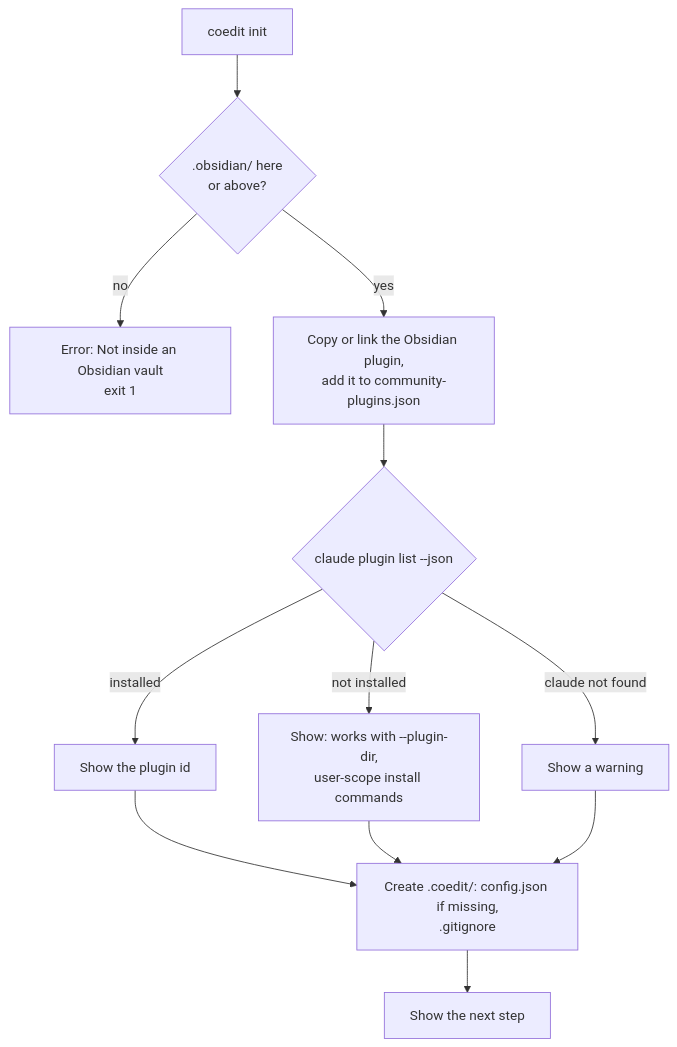
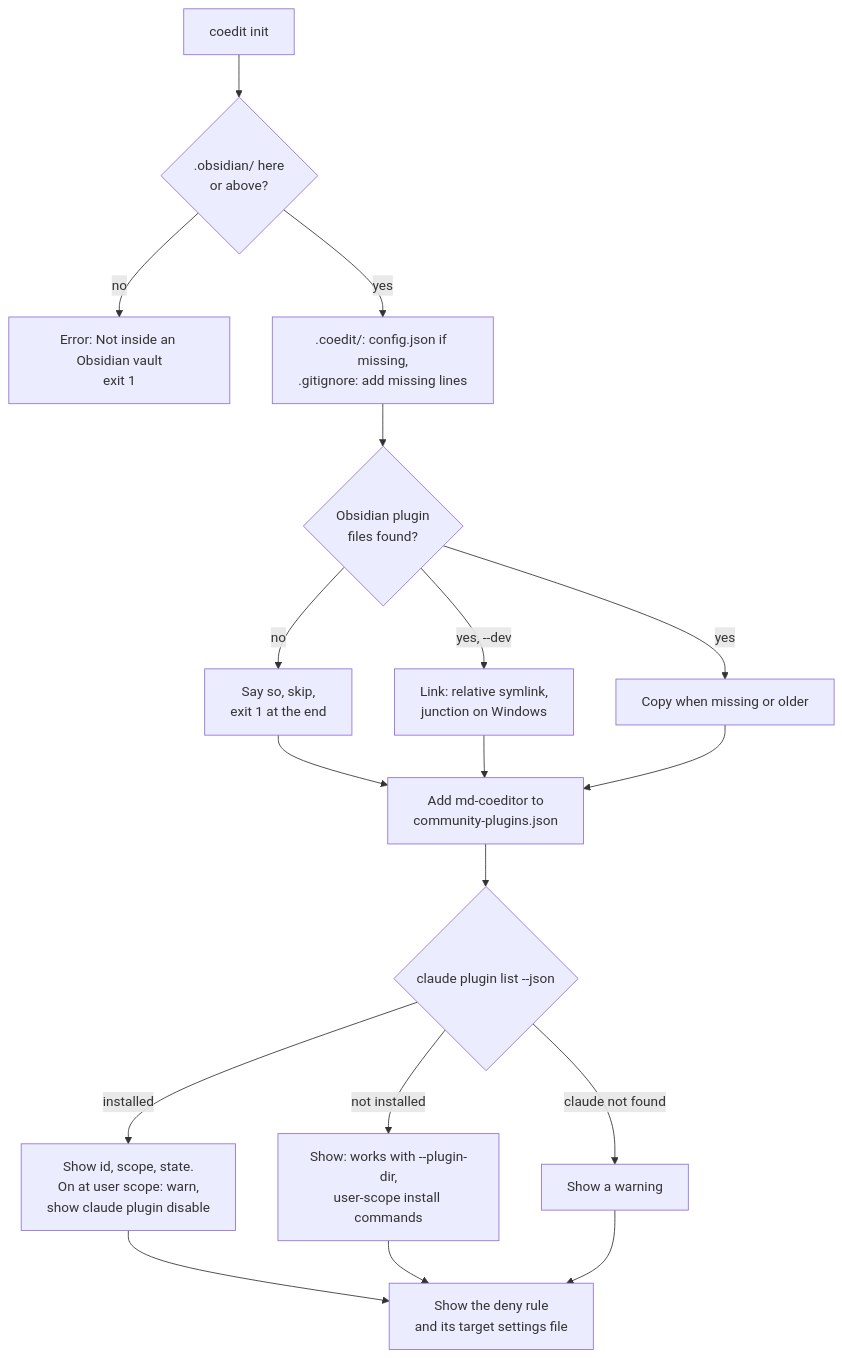
The second of 6 diagrams in openspec/docs/architecture-claude.md (novazembla/md-coeditor), drawn with Mermaid before and after one commit. The commit also changed other lines of this file and 140 other files, not shown here.

````diff
--- a/openspec/docs/architecture-claude.md
+++ b/openspec/docs/architecture-claude.md
@@ -99,14 +109,20 @@
 ```mermaid
 flowchart TD
   S["coedit init"] --> V{".obsidian/ here<br/>or above?"}
   V -->|no| X["Error: Not inside an Obsidian vault<br/>exit 1"]
-  V -->|yes| P["Copy or link the Obsidian plugin,<br/>add it to community-plugins.json"]
-  P --> C{"claude plugin list --json"}
-  C -->|installed| C1["Show the plugin id"]
+  V -->|yes| D[".coedit/: config.json if missing,<br/>.gitignore: add missing lines"]
+  D --> SRC{"Obsidian plugin<br/>files found?"}
+  SRC -->|no| SK["Say so, skip,<br/>exit 1 at the end"]
+  SRC -->|"yes, --dev"| LN["Link: relative symlink,<br/>junction on Windows"]
+  SRC -->|yes| CP["Copy when missing or older"]
+  SK --> CPJ["Add md-coeditor to<br/>community-plugins.json"]
+  LN --> CPJ
+  CP --> CPJ
+  CPJ --> C{"claude plugin list --json"}
+  C -->|"installed"| C1["Show id, scope, state.<br/>On at user scope: warn,<br/>show claude plugin disable"]
   C -->|"not installed"| C2["Show: works with --plugin-dir,<br/>user-scope install commands"]
   C -->|"claude not found"| C3["Show a warning"]
-  C1 --> D["Create .coedit/: config.json if missing,<br/>.gitignore"]
-  C2 --> D
-  C3 --> D
-  D --> N["Show the next step"]
+  C1 --> R["Show the deny rule<br/>and its target settings file"]
+  C2 --> R
+  C3 --> R
 ```
````
